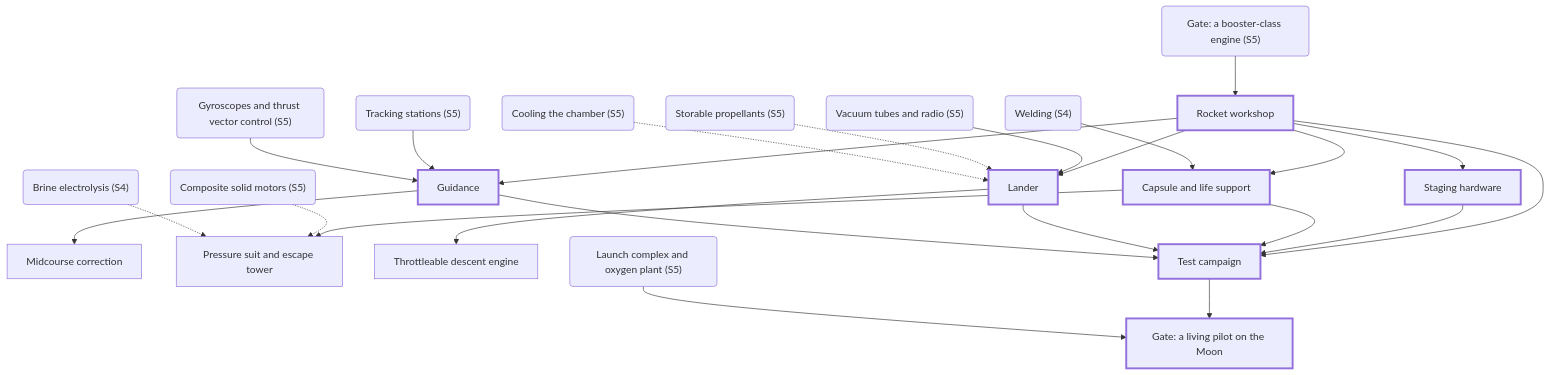
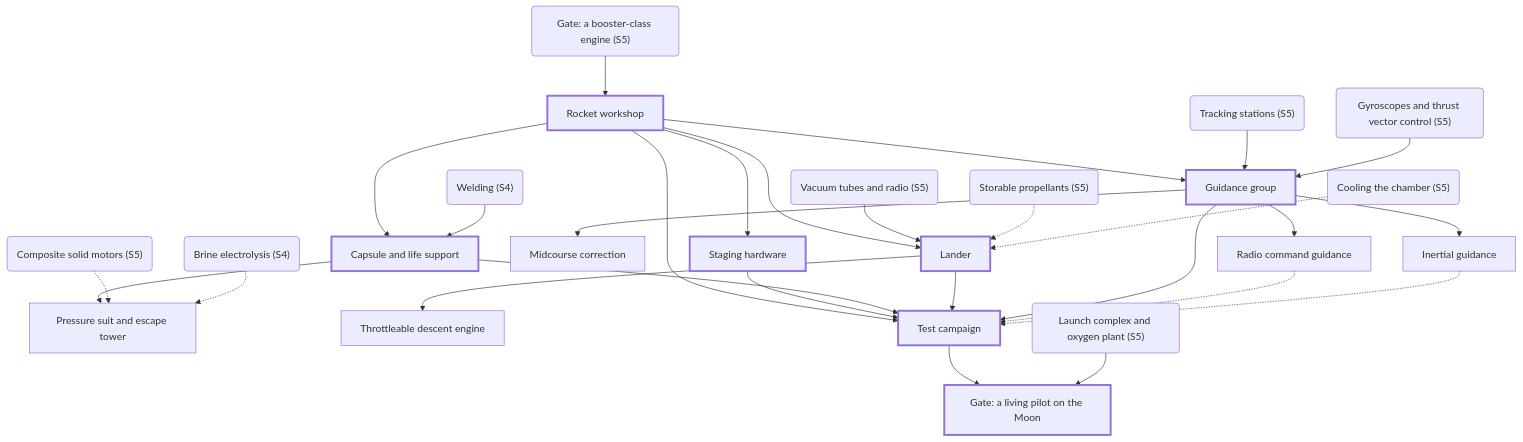
The sixth of 6 diagrams in tech-tree/generated/dependencies.md (joethechickenguy/repo_for_claude), drawn with Mermaid before and after one commit. The commit also changed other lines of this file and 5 other files, not shown here.

````diff
--- a/tech-tree/generated/dependencies.md
+++ b/tech-tree/generated/dependencies.md
@@ -570,48 +593,54 @@
 ```mermaid
 flowchart TD
   rocket_workshop["Rocket workshop"]
   gate_engine --> rocket_workshop
   stage_separation["Staging hardware"]
   rocket_workshop --> stage_separation
-  guidance_choice["Guidance"]
+  guidance_choice["Guidance group"]
   rocket_workshop --> guidance_choice
   tracking_network --> guidance_choice
   gyroscopes --> guidance_choice
+  radio_command_guidance["Radio command guidance"]
+  guidance_choice --> radio_command_guidance
+  inertial_guidance["Inertial guidance"]
+  guidance_choice --> inertial_guidance
   midcourse_correction["Midcourse correction"]
   guidance_choice --> midcourse_correction
   capsule["Capsule and life support"]
   rocket_workshop --> capsule
   welding --> capsule
   crew_safety["Pressure suit and escape tower"]
   capsule --> crew_safety
   solid_motors -.-> crew_safety
   chlor_alkali -.-> crew_safety
   lander_stage["Lander"]
   rocket_workshop --> lander_stage
   electronics_lab --> lander_stage
   hypergolic_propellants -.-> lander_stage
   regenerative_cooling -.-> lander_stage
   lander_throttle["Throttleable descent engine"]
   lander_stage --> lander_throttle
   test_campaign["Test campaign"]
   rocket_workshop --> test_campaign
   stage_separation --> test_campaign
   capsule --> test_campaign
   lander_stage --> test_campaign
   guidance_choice --> test_campaign
+  radio_command_guidance -.-> test_campaign
+  inertial_guidance -.-> test_campaign
   gate_landing["Gate: a living pilot on the Moon"]
   test_campaign --> gate_landing
   launch_complex --> gate_landing
   chlor_alkali("Brine electrolysis (S4)")
   electronics_lab("Vacuum tubes and radio (S5)")
   gate_engine("Gate: a booster-class engine (S5)")
   gyroscopes("Gyroscopes and thrust vector control (S5)")
   hypergolic_propellants("Storable propellants (S5)")
   launch_complex("Launch complex and oxygen plant (S5)")
   regenerative_cooling("Cooling the chamber (S5)")
   solid_motors("Composite solid motors (S5)")
   tracking_network("Tracking stations (S5)")
   welding("Welding (S4)")
   classDef crit stroke-width:3px
   class rocket_workshop,stage_separation,guidance_choice,capsule,lander_stage,test_campaign,gate_landing crit
 ```
````
